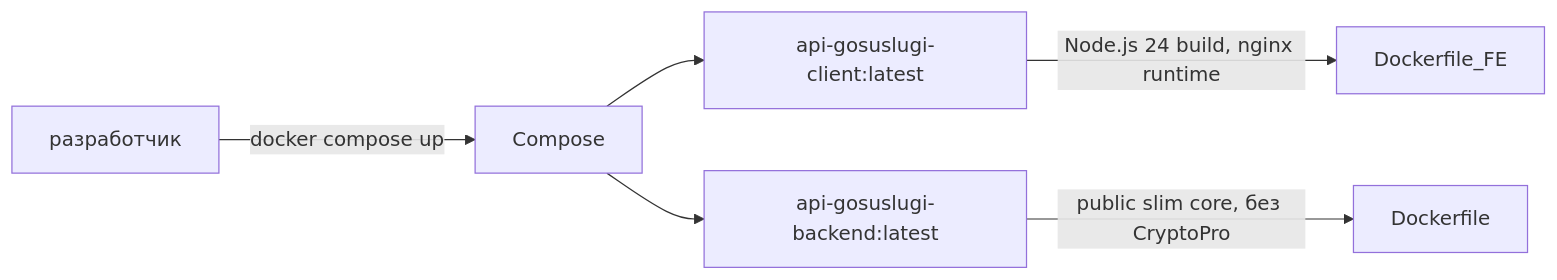
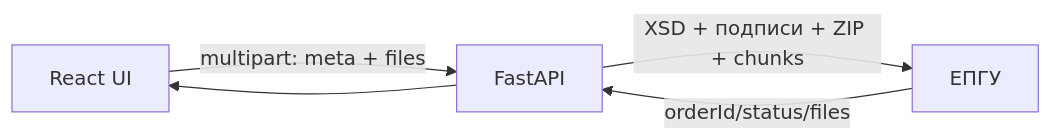
Before and after one commit to yellow444/epgu: the second of 3 diagrams in docs/architecture.md, drawn with Mermaid. The commit also changed other lines of this file and 19 other files, not shown here.

````diff
--- a/docs/architecture.md
+++ b/docs/architecture.md
@@ -107,8 +46,7 @@
 ```mermaid
 flowchart LR
-    Dev[разработчик] -->|docker compose up| Compose
-    Compose --> FE_IMG[api-gosuslugi-client:latest]
-    Compose --> BE_IMG[api-gosuslugi-backend:latest]
-    BE_IMG -->|public slim core, без CryptoPro| Dockerfile
-    FE_IMG -->|Node.js 24 build, nginx runtime| Dockerfile_FE
+    UI[React UI] -->|multipart: meta + files| API[FastAPI]
+    API -->|XSD + подписи + ZIP + chunks| EPGU[ЕПГУ]
+    EPGU -->|orderId/status/files| API
+    API --> UI
 ```
````
